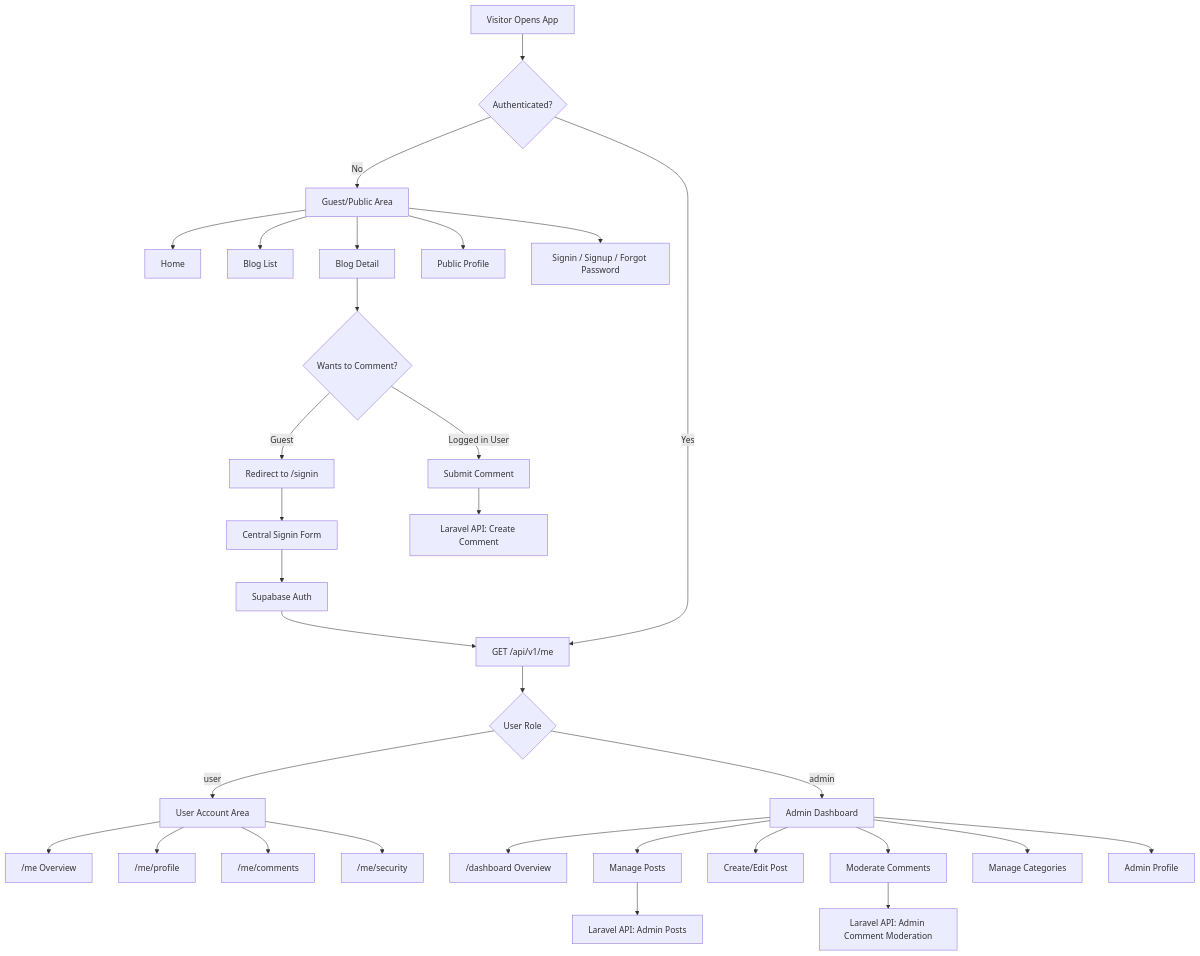
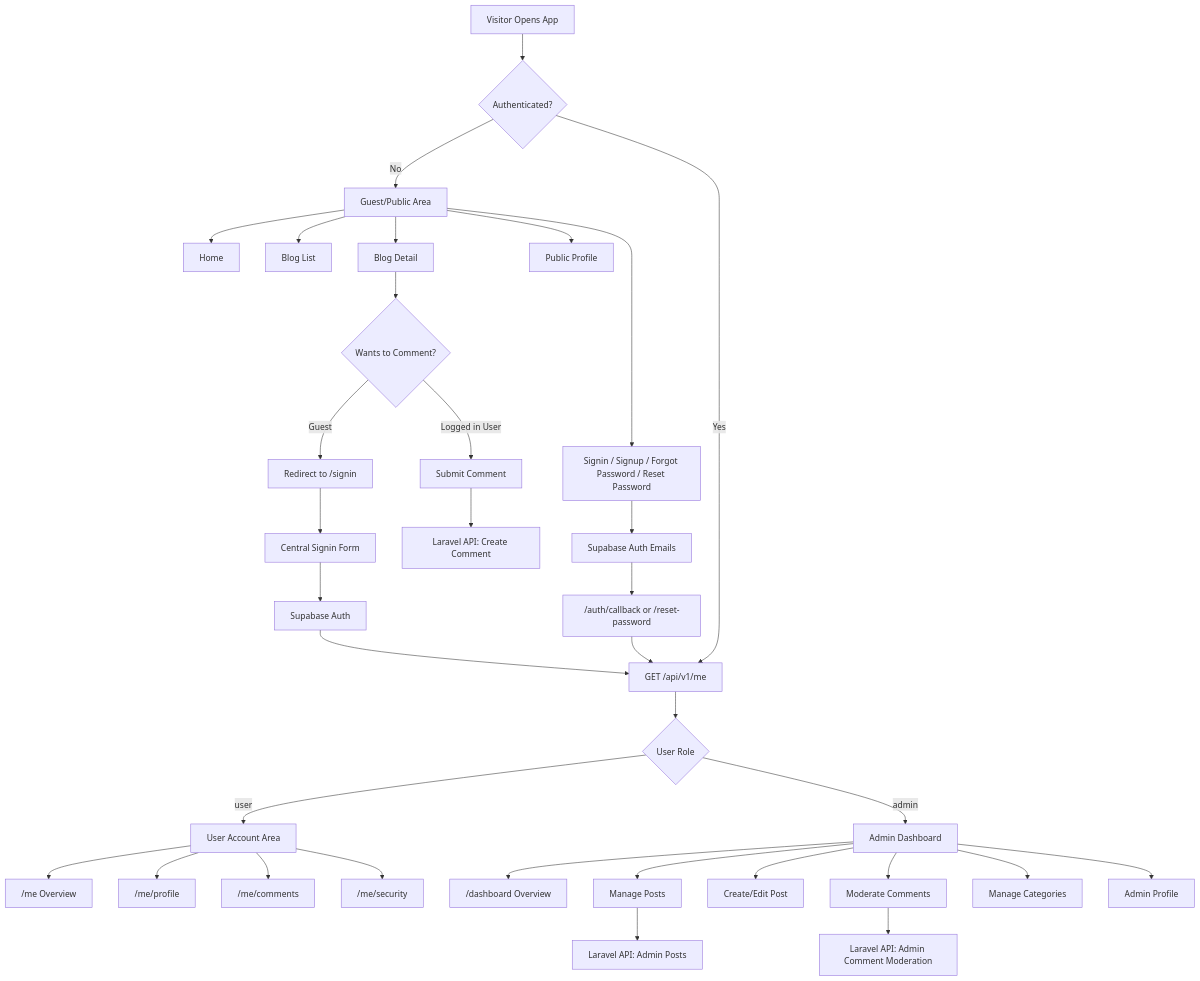
The diagram in docs/architecture/auth-authorization.md (jymarkb/symfonyBlog), drawn with Mermaid before and after one commit. The commit also changed other lines of this file, not shown here.

Commit message:
docs - update auth architecture flow

````diff
--- a/docs/architecture/auth-authorization.md
+++ b/docs/architecture/auth-authorization.md
@@ -199,42 +278,46 @@
 ```mermaid
 flowchart TD
   A["Visitor Opens App"] --> B{"Authenticated?"}
 
   B -->|No| C["Guest/Public Area"]
   B -->|Yes| D["GET /api/v1/me"]
 
   D --> E{"User Role"}
 
   E -->|user| F["User Account Area"]
   E -->|admin| G["Admin Dashboard"]
 
   C --> C1["Home"]
   C --> C2["Blog List"]
   C --> C3["Blog Detail"]
   C --> C4["Public Profile"]
-  C --> C5["Signin / Signup / Forgot Password"]
+  C --> C5["Signin / Signup / Forgot Password / Reset Password"]
 
   C3 --> H{"Wants to Comment?"}
   H -->|Guest| I["Redirect to /signin"]
   H -->|Logged in User| J["Submit Comment"]
 
   I --> K["Central Signin Form"]
   K --> L["Supabase Auth"]
   L --> D
+
+  C5 --> P["Supabase Auth Emails"]
+  P --> Q["/auth/callback or /reset-password"]
+  Q --> D
 
   F --> F1["/me Overview"]
   F --> F2["/me/profile"]
   F --> F3["/me/comments"]
   F --> F4["/me/security"]
 
   G --> G1["/dashboard Overview"]
   G --> G2["Manage Posts"]
   G --> G3["Create/Edit Post"]
   G --> G4["Moderate Comments"]
   G --> G5["Manage Categories"]
   G --> G6["Admin Profile"]
 
   J --> M["Laravel API: Create Comment"]
   G2 --> N["Laravel API: Admin Posts"]
   G4 --> O["Laravel API: Admin Comment Moderation"]
 ```
````
